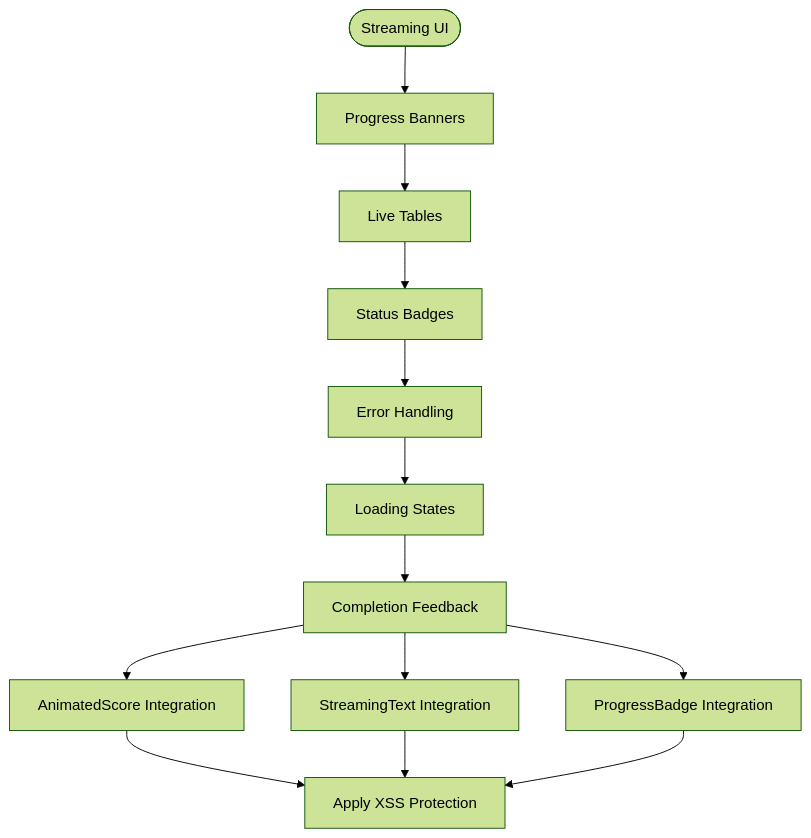
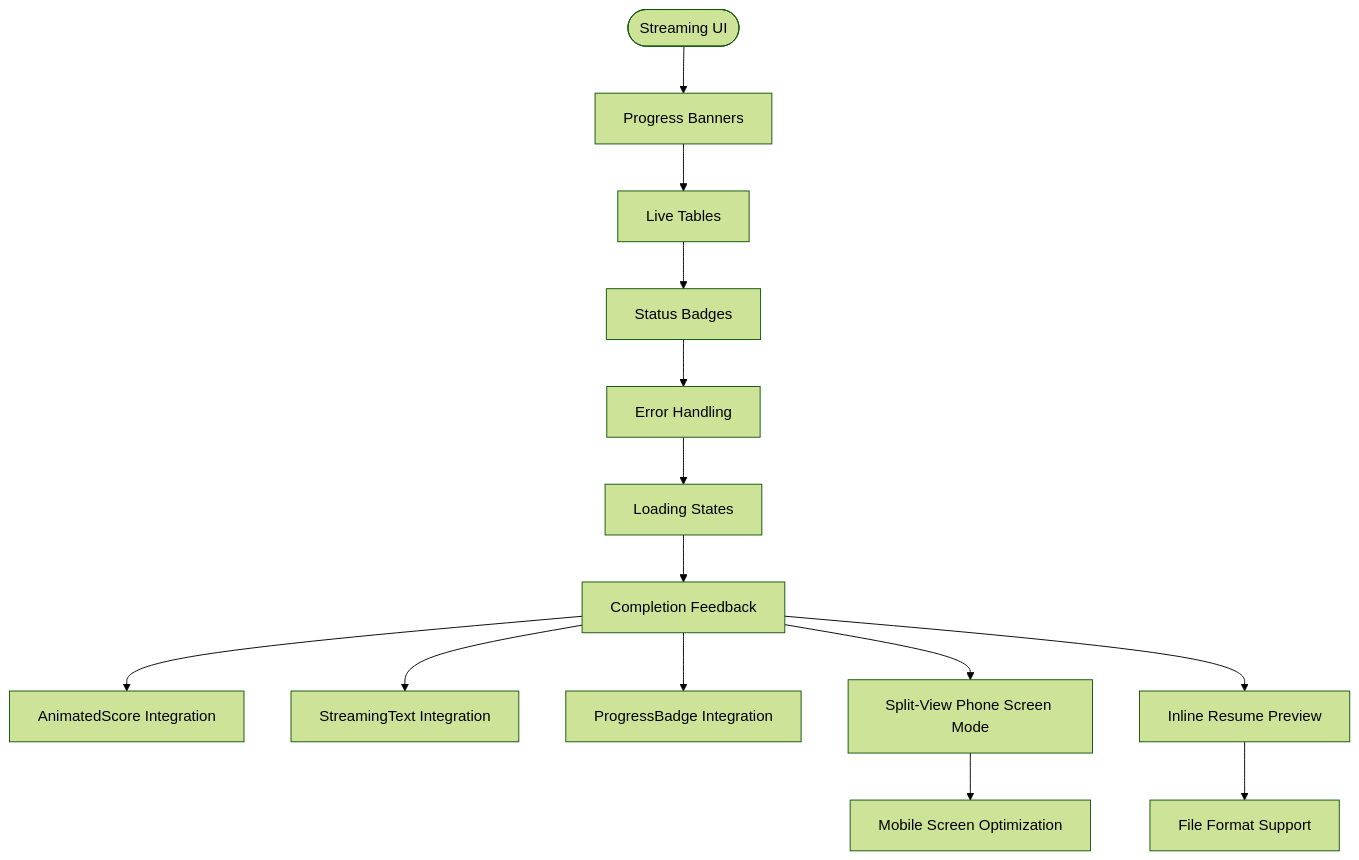
Diagram 13 of 29 in .qoder/repowiki/en/content/Frontend Architecture/Frontend Architecture.md (Revanththetalogics/aireume), drawn with Mermaid (forest theme) before and after one commit. The commit also changed other lines of this file and 7 other files, not shown here.

````diff
--- a/.qoder/repowiki/en/content/Frontend Architecture/Frontend Architecture.md
+++ b/.qoder/repowiki/en/content/Frontend Architecture/Frontend Architecture.md
@@ -1466,15 +970,16 @@
 ```mermaid
 flowchart TD
 Start(["Streaming UI"]) --> Progress["Progress Banners"]
 Progress --> Live["Live Tables"]
 Live --> Status["Status Badges"]
 Status --> Errors["Error Handling"]
 Errors --> Loading["Loading States"]
 Loading --> Complete["Completion Feedback"]
 Complete --> AnimatedScore["AnimatedScore Integration"]
 Complete --> StreamingText["StreamingText Integration"]
 Complete --> ProgressBadge["ProgressBadge Integration"]
-AnimatedScore --> SEC["Apply XSS Protection"]
-StreamingText --> SEC
-ProgressBadge --> SEC
+Complete --> SplitView["Split-View Phone Screen Mode"]
+Complete --> InlinePreview["Inline Resume Preview"]
+SplitView --> MobileOptimization["Mobile Screen Optimization"]
+InlinePreview --> FileFormatSupport["File Format Support"]
 ```
````
